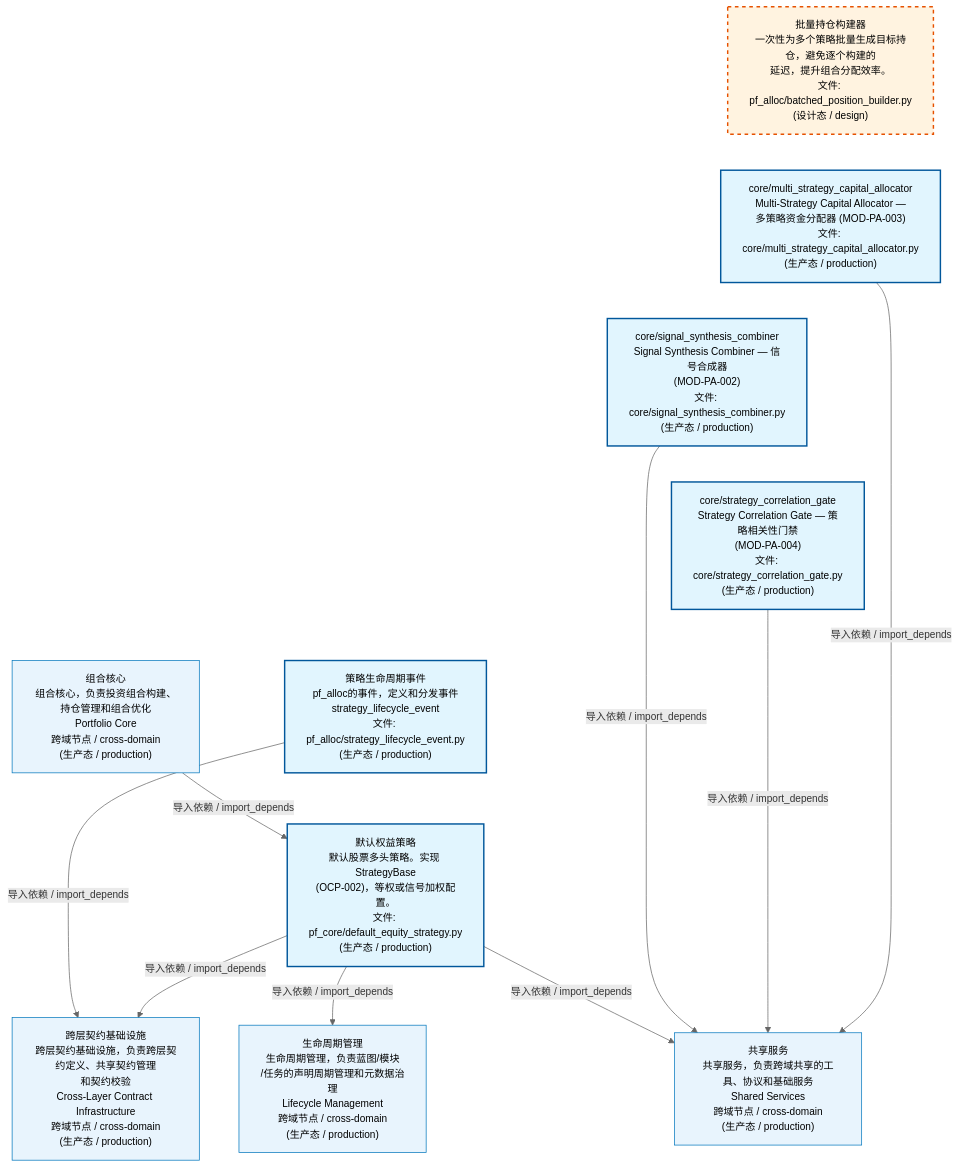
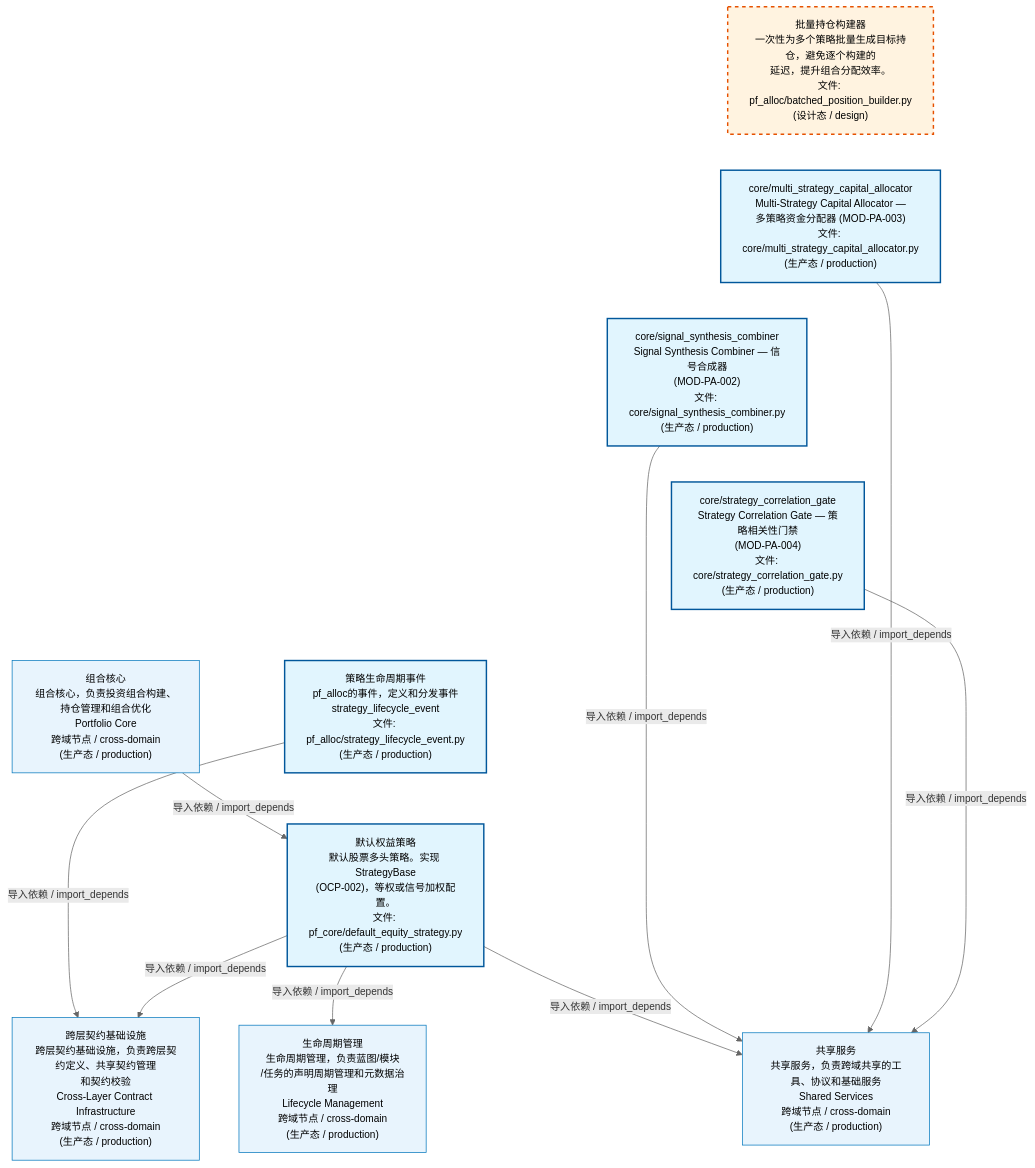
The first of 4 diagrams in docs/02_enterprise_architecture/02_domain_architecture_docs/62_d_pf_alloc.md (xuanFelixVan/ZephyrAlpha), drawn with Mermaid before and after one commit. The commit also changed other lines of this file and 56 other files, not shown here.

````diff
--- a/docs/02_enterprise_architecture/02_domain_architecture_docs/62_d_pf_alloc.md
+++ b/docs/02_enterprise_architecture/02_domain_architecture_docs/62_d_pf_alloc.md
@@ -53,34 +53,34 @@
 ```mermaid
 %%{init: {'theme': 'base', 'themeVariables': {'primaryColor': '#eaeaea', 'primaryTextColor': '#333333', 'primaryBorderColor': '#666666', 'lineColor': '#666666', 'secondaryColor': '#eaeaea', 'tertiaryColor': '#eaeaea', 'fontSize': '14px'}}}%%
 flowchart TD
     src_zephyr_pf_alloc_batched_position_builder_py["批量持仓构建器<br/>一次性为多个策略批量生成目标持仓，避免逐个构建的<br/>延迟，提升组合分配效率。<br/>文件: pf_alloc/batched_position_builder.py<br/>(设计态 / design)"]
     src_zephyr_pf_alloc_core_multi_strategy_capital_allocator_py["core/multi_strategy_capital_allocator<br/>Multi-Strategy Capital Allocator —<br/>多策略资金分配器 (MOD-PA-003)<br/>文件: core/multi_strategy_capital_allocator.py<br/>(生产态 / production)"]
     src_zephyr_pf_alloc_core_signal_synthesis_combiner_py["core/signal_synthesis_combiner<br/>Signal Synthesis Combiner — 信号合成器<br/>(MOD-PA-002)<br/>文件: core/signal_synthesis_combiner.py<br/>(生产态 / production)"]
     src_zephyr_pf_alloc_core_strategy_correlation_gate_py["core/strategy_correlation_gate<br/>Strategy Correlation Gate — 策略相关性门禁<br/>(MOD-PA-004)<br/>文件: core/strategy_correlation_gate.py<br/>(生产态 / production)"]
     src_zephyr_pf_alloc_strategy_lifecycle_event_py["策略生命周期事件<br/>pf_alloc的事件，定义和分发事件<br/>strategy_lifecycle_event<br/>文件: pf_alloc/strategy_lifecycle_event.py<br/>(生产态 / production)"]
     src_zephyr_pf_core_default_equity_strategy_py["默认权益策略<br/>默认股票多头策略。实现 StrategyBase<br/>(OCP-002)，等权或信号加权配置。<br/>文件: pf_core/default_equity_strategy.py<br/>(生产态 / production)"]
     src_zephyr_pf_alloc_batched_position_builder_py ~~~ src_zephyr_pf_alloc_core_multi_strategy_capital_allocator_py
     src_zephyr_pf_alloc_core_multi_strategy_capital_allocator_py ~~~ src_zephyr_pf_alloc_core_signal_synthesis_combiner_py
     src_zephyr_pf_alloc_core_signal_synthesis_combiner_py ~~~ src_zephyr_pf_alloc_core_strategy_correlation_gate_py
     src_zephyr_pf_alloc_core_strategy_correlation_gate_py ~~~ src_zephyr_pf_alloc_strategy_lifecycle_event_py
     src_zephyr_pf_alloc_strategy_lifecycle_event_py ~~~ src_zephyr_pf_core_default_equity_strategy_py
     D_SHARED["共享服务<br/>共享服务，负责跨域共享的工具、协议和基础服务<br/>Shared Services<br/>跨域节点 / cross-domain<br/>(生产态 / production)"]
+    src_zephyr_pf_alloc_core_strategy_correlation_gate_py -->|导入依赖 / import_depends| D_SHARED
     src_zephyr_pf_alloc_core_multi_strategy_capital_allocator_py -->|导入依赖 / import_depends| D_SHARED
-    src_zephyr_pf_alloc_core_strategy_correlation_gate_py -->|导入依赖 / import_depends| D_SHARED
     src_zephyr_pf_alloc_core_signal_synthesis_combiner_py -->|导入依赖 / import_depends| D_SHARED
     D_INFRASTRUCTURE["跨层契约基础设施<br/>跨层契约基础设施，负责跨层契约定义、共享契约管理<br/>和契约校验<br/>Cross-Layer Contract Infrastructure<br/>跨域节点 / cross-domain<br/>(生产态 / production)"]
     src_zephyr_pf_core_default_equity_strategy_py -->|导入依赖 / import_depends| D_INFRASTRUCTURE
     src_zephyr_pf_alloc_strategy_lifecycle_event_py -->|导入依赖 / import_depends| D_INFRASTRUCTURE
     src_zephyr_pf_core_default_equity_strategy_py -->|导入依赖 / import_depends| D_SHARED
     D_GOVERNANCE["生命周期管理<br/>生命周期管理，负责蓝图/模块<br/>/任务的声明周期管理和元数据治理<br/>Lifecycle Management<br/>跨域节点 / cross-domain<br/>(生产态 / production)"]
     src_zephyr_pf_core_default_equity_strategy_py -->|导入依赖 / import_depends| D_GOVERNANCE
     D_PF_CORE["组合核心<br/>组合核心，负责投资组合构建、持仓管理和组合优化<br/>Portfolio Core<br/>跨域节点 / cross-domain<br/>(生产态 / production)"]
     D_PF_CORE -->|导入依赖 / import_depends| src_zephyr_pf_core_default_equity_strategy_py
     classDef production fill:#e1f5fe,stroke:#01579b,stroke-width:2px,color:#000
     classDef design fill:#fff3e0,stroke:#e65100,stroke-width:2px,color:#000,stroke-dasharray: 5 5
     classDef external_prod fill:#e8f4fd,stroke:#0277bd,stroke-width:1px,color:#000
     classDef external_design fill:#fff8e7,stroke:#ef6c00,stroke-width:1px,color:#000,stroke-dasharray: 5 5
     class src_zephyr_pf_alloc_core_multi_strategy_capital_allocator_py,src_zephyr_pf_alloc_core_signal_synthesis_combiner_py,src_zephyr_pf_alloc_core_strategy_correlation_gate_py,src_zephyr_pf_alloc_strategy_lifecycle_event_py,src_zephyr_pf_core_default_equity_strategy_py production
     class src_zephyr_pf_alloc_batched_position_builder_py design
     class D_SHARED,D_INFRASTRUCTURE,D_GOVERNANCE,D_PF_CORE external_prod
 ```
````
